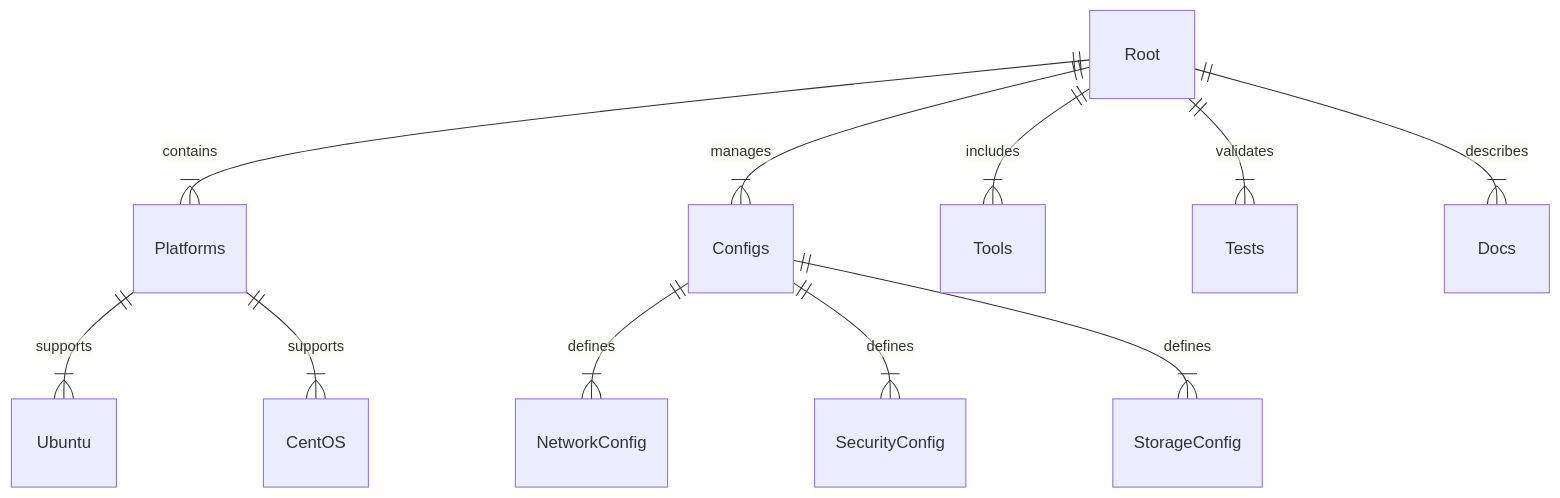
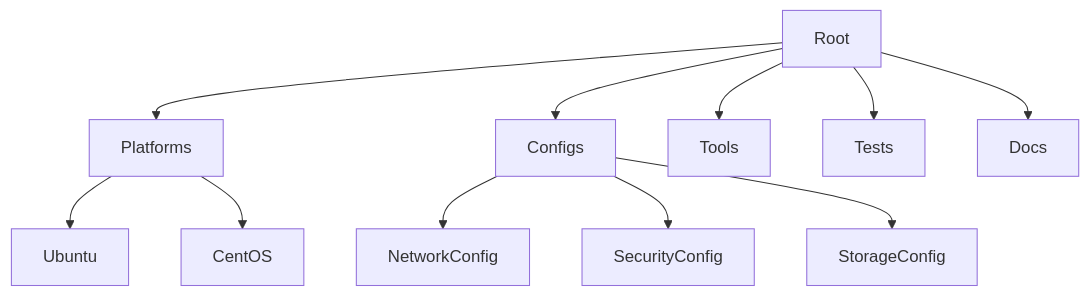
The second of 3 diagrams in README.md (rbcmgs/cloud-init-library), drawn with Mermaid before and after one commit. The commit also changed other lines of this file, not shown here.

Commit message:
Update README.md to replace entity-relationship diagrams with graph syntax

````diff
--- a/README.md
+++ b/README.md
@@ -47,13 +47,13 @@
 ```mermaid
-erDiagram
-  Root ||--|{ Platforms : contains
-  Root ||--|{ Configs : manages
-  Root ||--|{ Tools : includes
-  Root ||--|{ Tests : validates
-  Root ||--|{ Docs : describes
-  Platforms ||--|{ Ubuntu : supports
-  Platforms ||--|{ CentOS : supports
-  Configs ||--|{ NetworkConfig : defines
-  Configs ||--|{ SecurityConfig : defines
-  Configs ||--|{ StorageConfig : defines
+graph TD
+  Root --> Platforms
+  Root --> Configs
+  Root --> Tools
+  Root --> Tests
+  Root --> Docs
+  Platforms --> Ubuntu
+  Platforms --> CentOS
+  Configs --> NetworkConfig
+  Configs --> SecurityConfig
+  Configs --> StorageConfig
 ```
````
